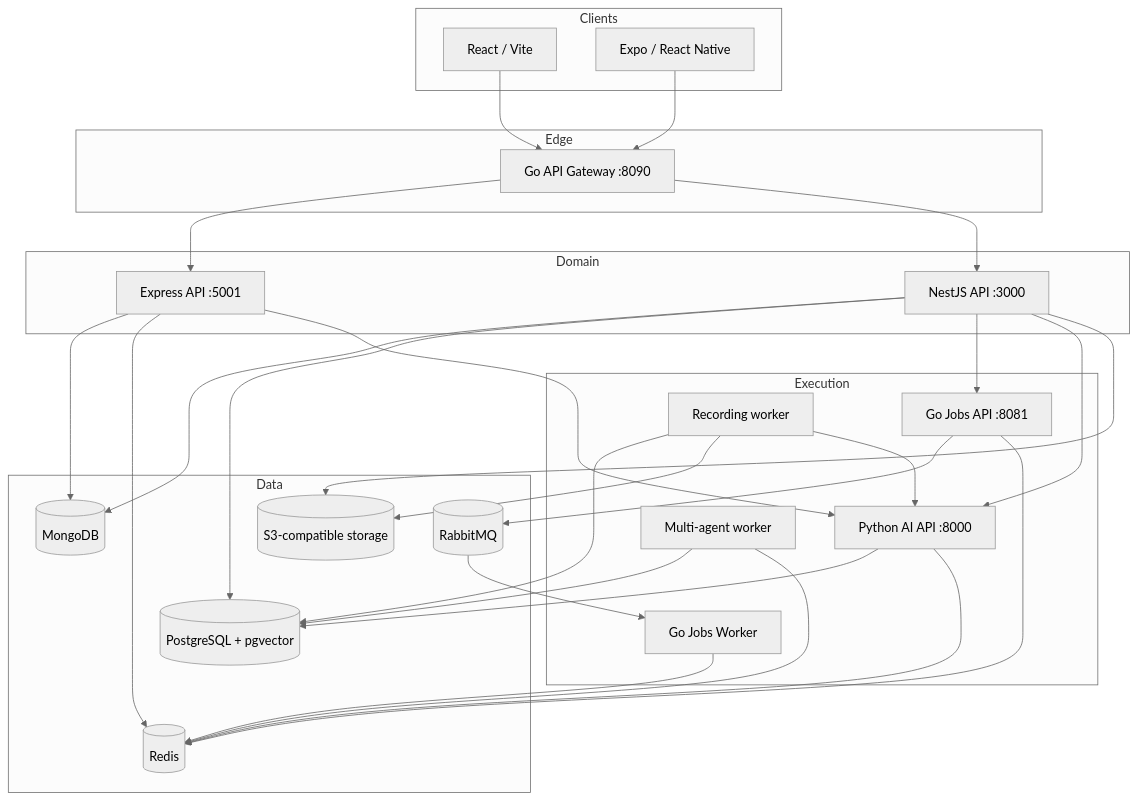
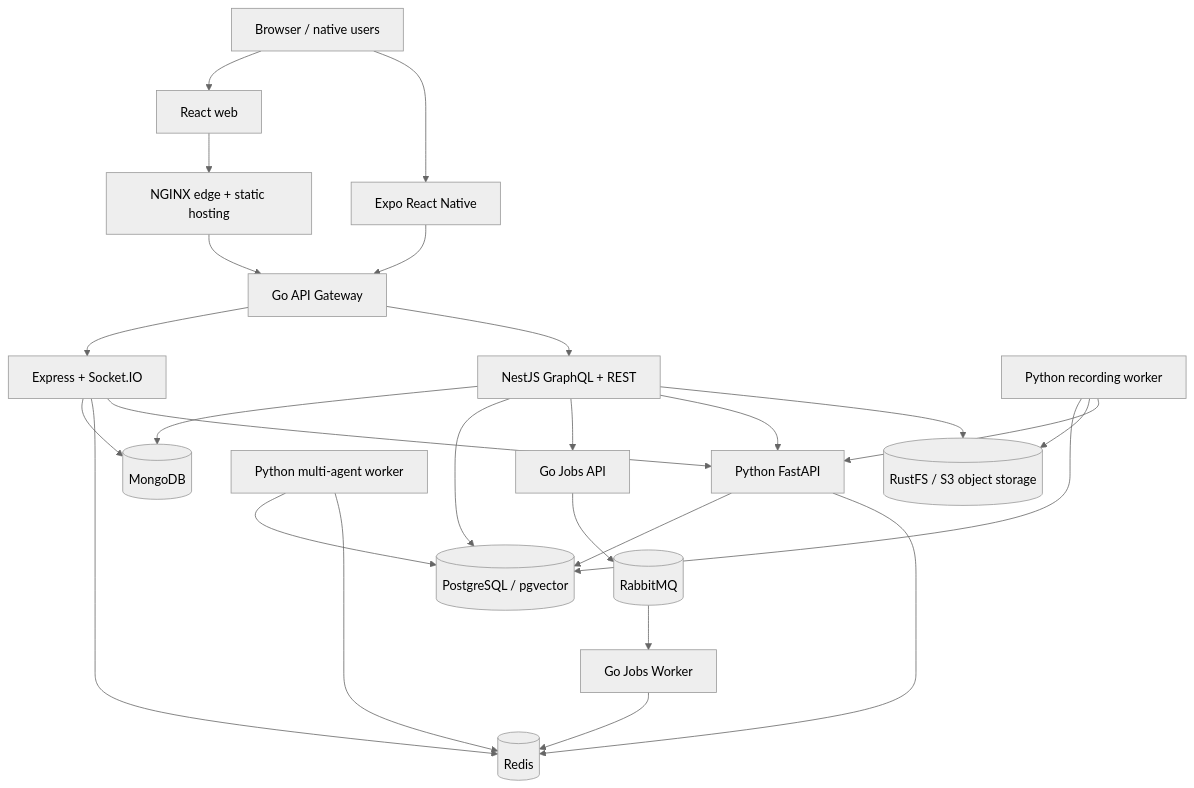
The diagram in docs/architecture.md (CLOUDVGR2/Relay-monorepo), drawn with Mermaid (neutral theme) before and after one commit. The commit also changed other lines of this file and 50 other files, not shown here.

````diff
--- a/docs/architecture.md
+++ b/docs/architecture.md
@@ -15,51 +18,41 @@
 ```mermaid
 flowchart TB
-  subgraph Clients
-    WEB[React / Vite]
-    MOB[Expo / React Native]
-  end
-  subgraph Edge
-    GW[Go API Gateway :8090]
-  end
-  subgraph Domain
-    EXP[Express API :5001]
-    NEST[NestJS API :3000]
-  end
-  subgraph Execution
-    GOAPI[Go Jobs API :8081]
-    GOW[Go Jobs Worker]
-    PY[Python AI API :8000]
-    MA[Multi-agent worker]
-    RW[Recording worker]
-  end
-  subgraph Data
-    M[(MongoDB)]
-    P[(PostgreSQL + pgvector)]
-    R[(Redis)]
-    Q[(RabbitMQ)]
-    S[(S3-compatible storage)]
-  end
-  WEB --> GW
-  MOB --> GW
-  GW --> EXP
-  GW --> NEST
-  EXP --> M
-  EXP --> R
-  EXP --> PY
-  NEST --> M
-  NEST --> P
-  NEST --> GOAPI
-  NEST --> PY
-  NEST --> S
-  GOAPI --> Q
-  GOAPI --> R
-  Q --> GOW
-  GOW --> R
-  PY --> P
-  PY --> R
-  MA --> P
-  MA --> R
-  RW --> P
-  RW --> S
-  RW --> PY
+  User[Browser / native users]
+  Web[React web]
+  Mobile[Expo React Native]
+  Nginx[NGINX edge + static hosting]
+  Gateway[Go API Gateway]
+  Express[Express + Socket.IO]
+  Nest[NestJS GraphQL + REST]
+  Jobs[Go Jobs API]
+  JobsWorker[Go Jobs Worker]
+  AI[Python FastAPI]
+  AgentWorker[Python multi-agent worker]
+  RecordingWorker[Python recording worker]
+  Mongo[(MongoDB)]
+  Postgres[(PostgreSQL / pgvector)]
+  Redis[(Redis)]
+  Rabbit[(RabbitMQ)]
+  Object[(RustFS / S3 object storage)]
+  User --> Web --> Nginx --> Gateway
+  User --> Mobile --> Gateway
+  Gateway --> Express
+  Gateway --> Nest
+  Express --> Mongo
+  Express --> Redis
+  Express --> AI
+  Nest --> Mongo
+  Nest --> Postgres
+  Nest --> Jobs
+  Nest --> AI
+  Nest --> Object
+  Jobs --> Rabbit --> JobsWorker
+  JobsWorker --> Redis
+  AI --> Postgres
+  AI --> Redis
+  AgentWorker --> Postgres
+  AgentWorker --> Redis
+  RecordingWorker --> Postgres
+  RecordingWorker --> Object
+  RecordingWorker --> AI
 ```
````
